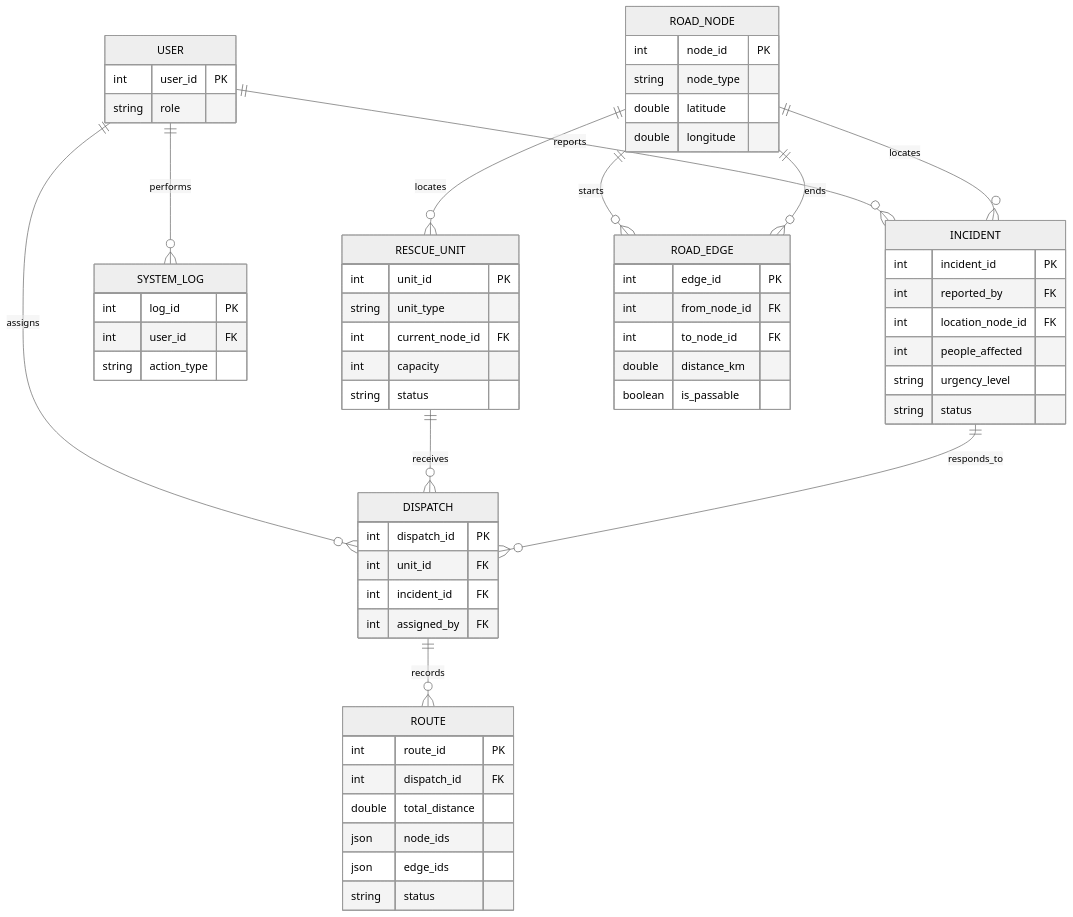
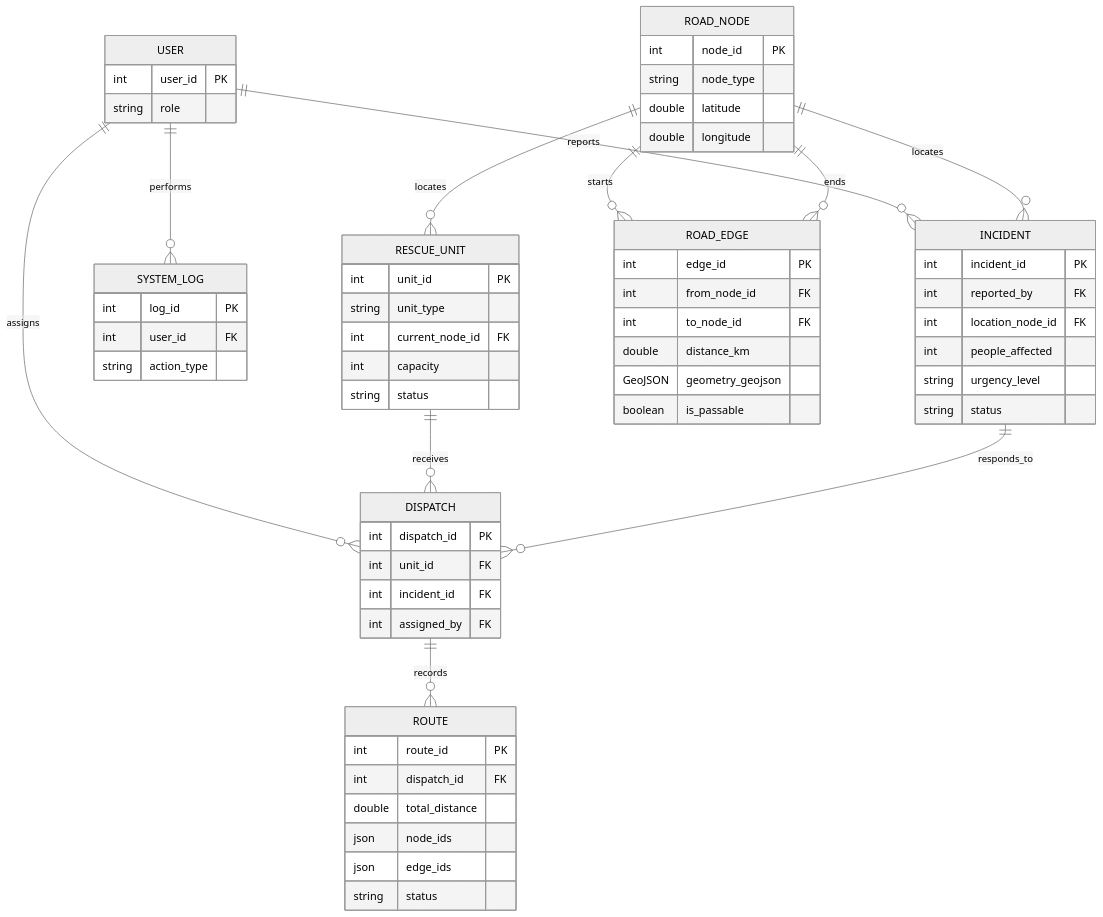
One commit to Andrevan04/Thesis changed the second of 2 diagrams in docs/current-system-diagrams.md. Above: the diagram before and after it, drawn with Mermaid (neutral theme). The commit also changed other lines of this file and 17 other files, not shown here.

````diff
--- a/docs/current-system-diagrams.md
+++ b/docs/current-system-diagrams.md
@@ -37,65 +37,66 @@
 ```mermaid
 erDiagram
     USER ||--o{ INCIDENT : reports
     USER ||--o{ DISPATCH : assigns
     USER ||--o{ SYSTEM_LOG : performs
     ROAD_NODE ||--o{ RESCUE_UNIT : locates
     ROAD_NODE ||--o{ INCIDENT : locates
     ROAD_NODE ||--o{ ROAD_EDGE : starts
     ROAD_NODE ||--o{ ROAD_EDGE : ends
     RESCUE_UNIT ||--o{ DISPATCH : receives
     INCIDENT ||--o{ DISPATCH : responds_to
     DISPATCH ||--o{ ROUTE : records
 
     USER {
         int user_id PK
         string role
     }
     RESCUE_UNIT {
         int unit_id PK
         string unit_type
         int current_node_id FK
         int capacity
         string status
     }
     INCIDENT {
         int incident_id PK
         int reported_by FK
         int location_node_id FK
         int people_affected
         string urgency_level
         string status
     }
     ROAD_NODE {
         int node_id PK
         string node_type
         double latitude
         double longitude
     }
     ROAD_EDGE {
         int edge_id PK
         int from_node_id FK
         int to_node_id FK
         double distance_km
+        GeoJSON geometry_geojson
         boolean is_passable
     }
     DISPATCH {
         int dispatch_id PK
         int unit_id FK
         int incident_id FK
         int assigned_by FK
     }
     ROUTE {
         int route_id PK
         int dispatch_id FK
         double total_distance
         json node_ids
         json edge_ids
         string status
     }
     SYSTEM_LOG {
         int log_id PK
         int user_id FK
         string action_type
     }
 ```
````
